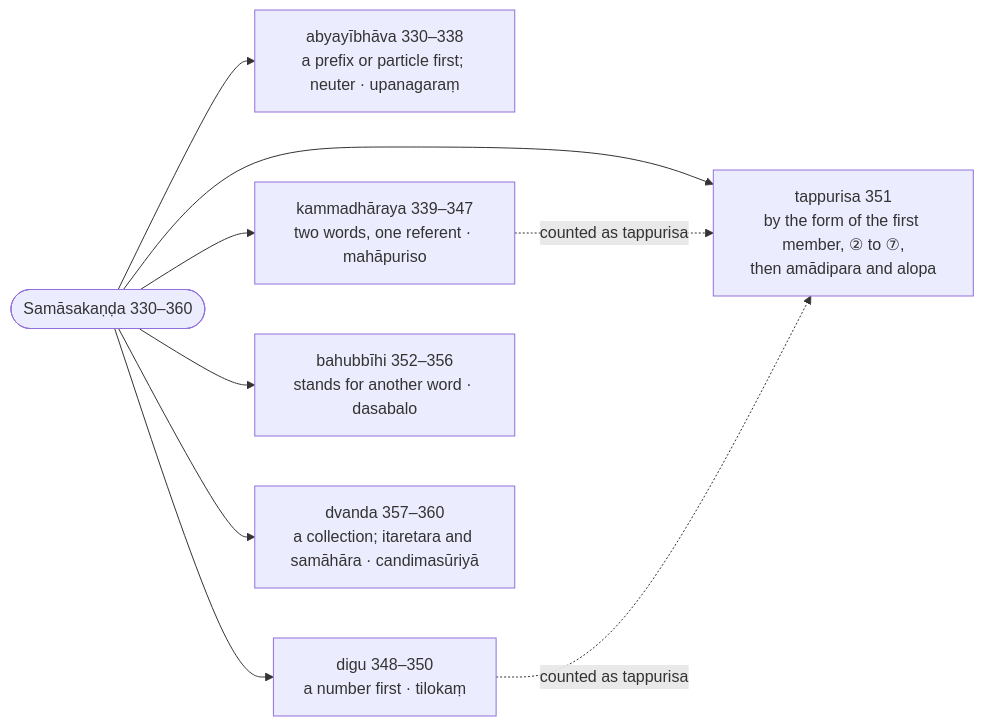
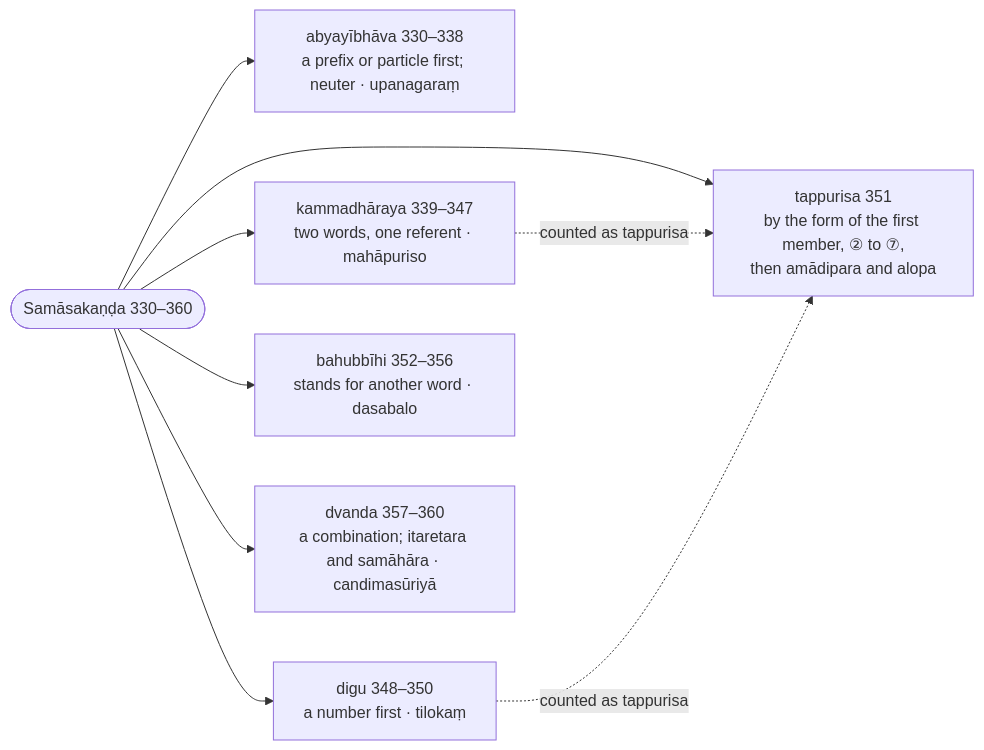
The first of 2 diagrams in src/content/docs/rupasiddhi/4-samasakanda.mdx (kaccayana/kaccayana.github.io), drawn with Mermaid before and after one commit. The commit also changed other lines of this file and 23 other files, not shown here.

````diff
--- a/src/content/docs/rupasiddhi/4-samasakanda.mdx
+++ b/src/content/docs/rupasiddhi/4-samasakanda.mdx
@@ -22,11 +22,11 @@
 ```mermaid
 flowchart LR
   S(["Samāsakaṇḍa 330–360"]) --> A["abyayībhāva 330–338<br/>a prefix or particle first; neuter · upanagaraṃ"]
   S --> K["kammadhāraya 339–347<br/>two words, one referent · mahāpuriso"]
   S --> D["digu 348–350<br/>a number first · tilokaṃ"]
   S --> T["tappurisa 351<br/>by the form of the first member, ② to ⑦,<br/>then amādipara and alopa"]
   S --> B["bahubbīhi 352–356<br/>stands for another word · dasabalo"]
-  S --> V["dvanda 357–360<br/>a collection; itaretara and samāhāra · candimasūriyā"]
+  S --> V["dvanda 357–360<br/>a combination; itaretara and samāhāra · candimasūriyā"]
   K -. "counted as tappurisa" .-> T
   D -. "counted as tappurisa" .-> T
 ```
````
